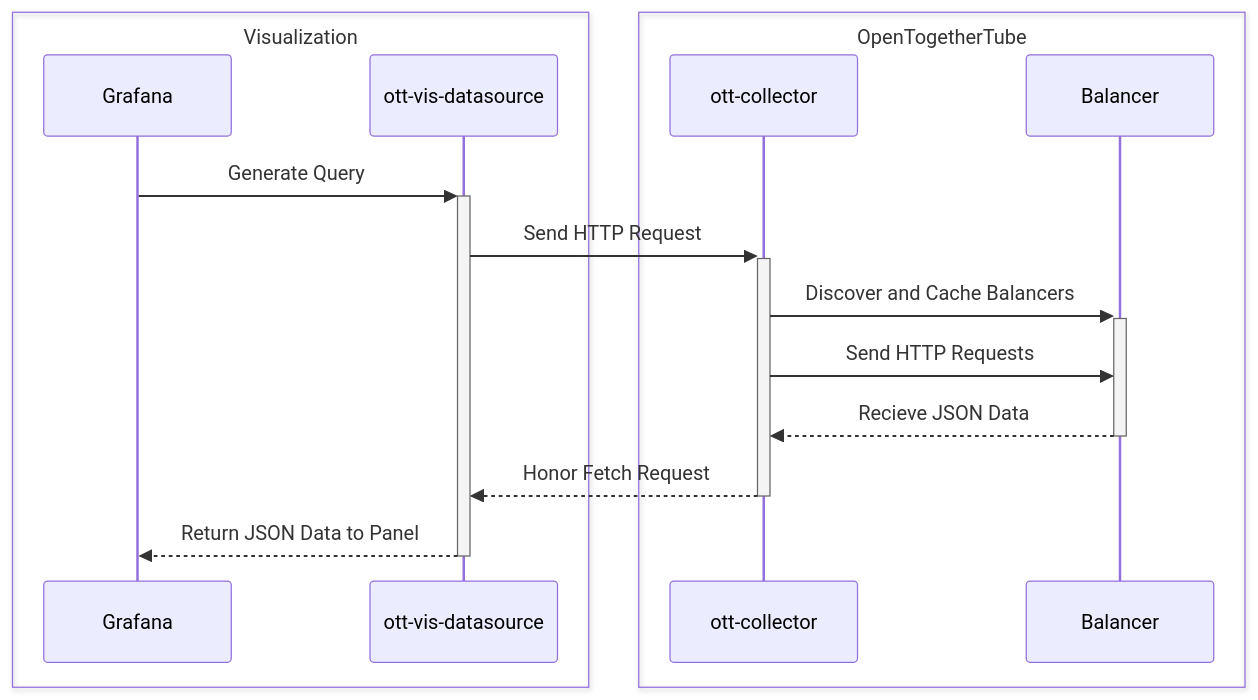
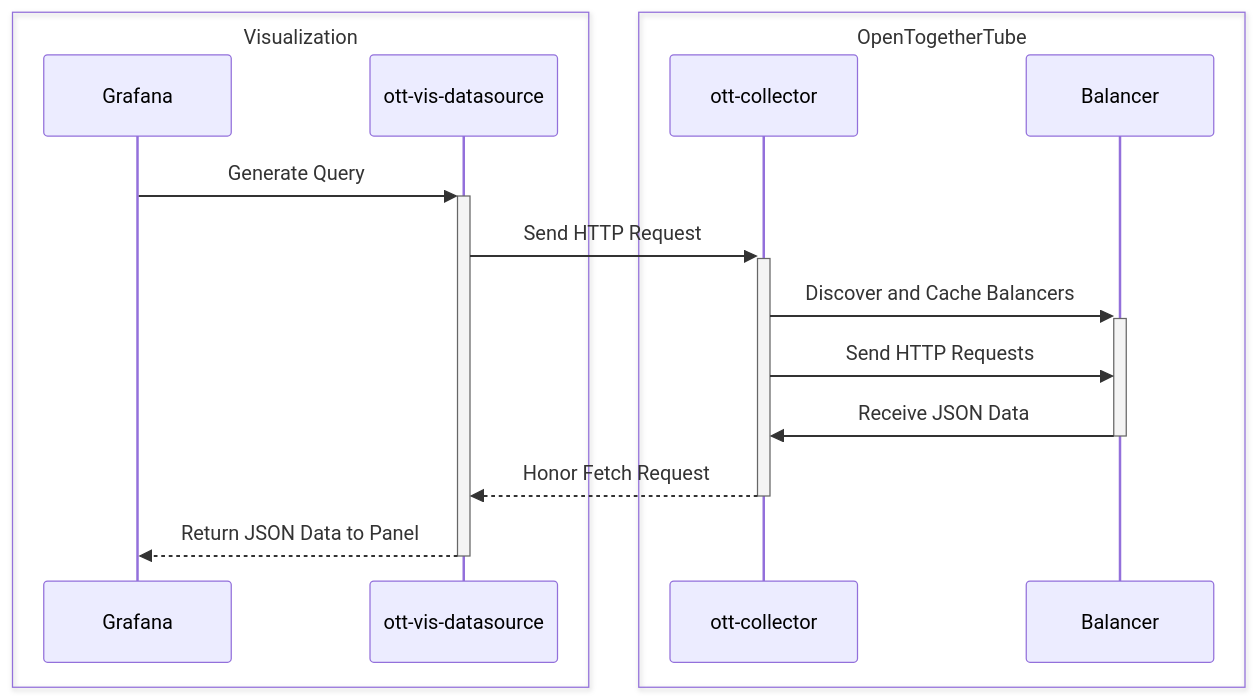
The diagram in figures/vis/visualization-balancer-datasource-sequence.mmd (dyc3/senior-design), drawn with Mermaid before and after one commit.

```diff
--- a/figures/vis/visualization-balancer-datasource-sequence.mmd
+++ b/figures/vis/visualization-balancer-datasource-sequence.mmd
@@ -1,18 +1,18 @@
 sequenceDiagram
     box Visualization
     participant Grafana
     participant ott-vis-datasource
     end
 
     box OpenTogetherTube
     participant ott-collector
     participant Balancer
     end
 
     Grafana->>+ott-vis-datasource: Generate Query
     ott-vis-datasource->>+ott-collector: Send HTTP Request
     ott-collector->>+Balancer: Discover and Cache Balancers
     ott-collector->>Balancer: Send HTTP Requests
-    Balancer-->>-ott-collector: Recieve JSON Data
+    Balancer->>-ott-collector: Receive JSON Data
     ott-collector-->>-ott-vis-datasource: Honor Fetch Request
     ott-vis-datasource-->>-Grafana: Return JSON Data to Panel
```
